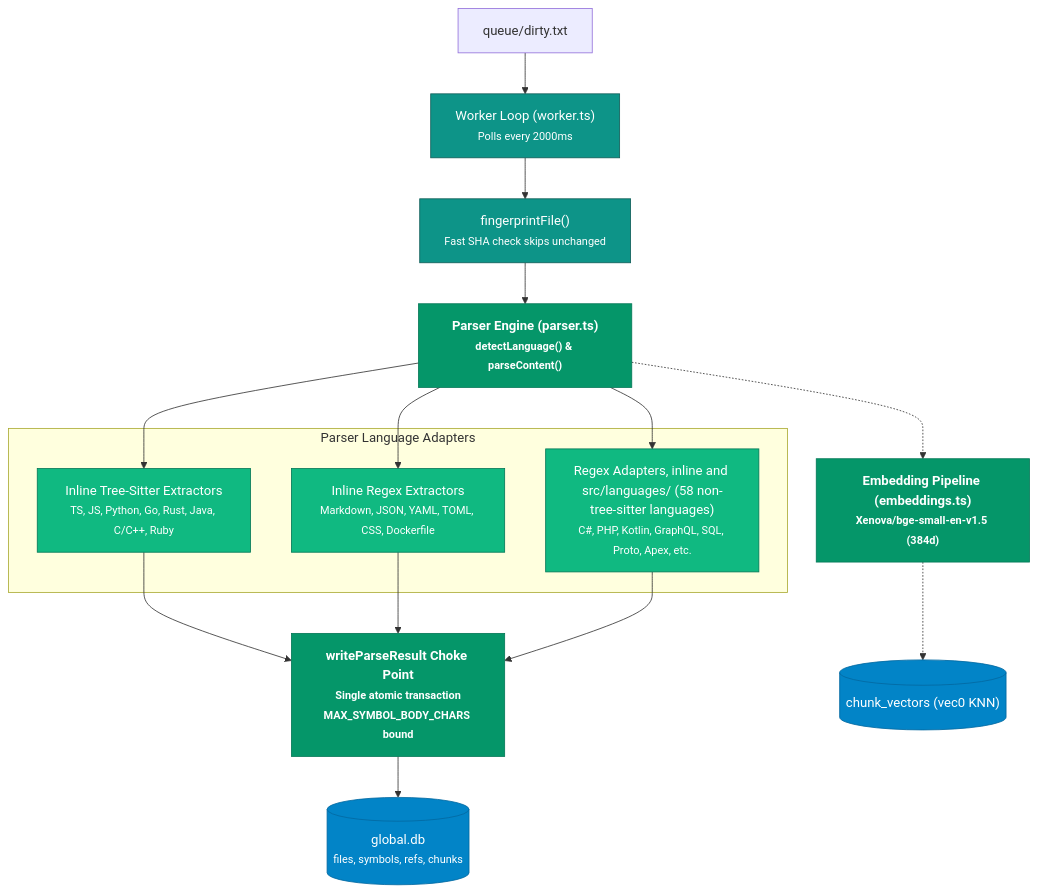
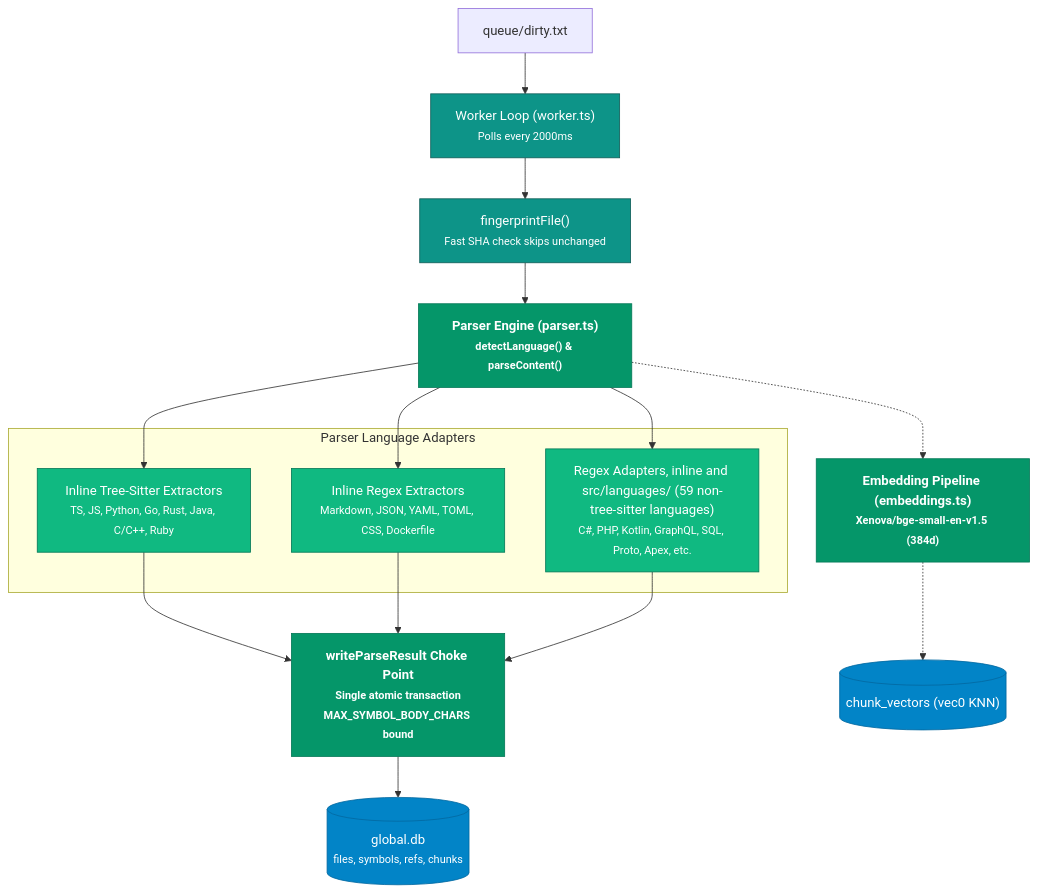
One commit to DFKHelper/token-goat changed the fourth of 7 diagrams in docs/C4_RUNTIME_ARCHITECTURE.md. Above: the diagram before and after it, drawn with Mermaid. The commit also changed 12 other files, not shown here.

````diff
--- a/docs/C4_RUNTIME_ARCHITECTURE.md
+++ b/docs/C4_RUNTIME_ARCHITECTURE.md
@@ -180,30 +180,30 @@
 ```mermaid
 flowchart TB
     classDef parser fill:#059669,stroke:#047857,color:#ffffff,font-weight:bold;
     classDef worker fill:#0D9488,stroke:#115E59,color:#ffffff;
     classDef adapter fill:#10B981,stroke:#047857,color:#ffffff;
     classDef db fill:#0284C7,stroke:#0369A1,color:#ffffff;
 
     DirtyQueue["queue/dirty.txt"] --> WorkerLoop["Worker Loop (worker.ts)<br/><small>Polls every 2000ms</small>"]:::worker
     WorkerLoop --> Fingerprint["fingerprintFile()<br/><small>Fast SHA check skips unchanged</small>"]:::worker
     Fingerprint --> Parser["Parser Engine (parser.ts)<br/><small>detectLanguage() & parseContent()</small>"]:::parser
 
     subgraph ParserAdapters ["Parser Language Adapters"]
         TreeSitter["Inline Tree-Sitter Extractors<br/><small>TS, JS, Python, Go, Rust, Java, C/C++, Ruby</small>"]:::adapter
         RegexInline["Inline Regex Extractors<br/><small>Markdown, JSON, YAML, TOML, CSS, Dockerfile</small>"]:::adapter
-        LangAdapters["Regex Adapters, inline and src/languages/ (58 non-tree-sitter languages)<br/><small>C#, PHP, Kotlin, GraphQL, SQL, Proto, Apex, etc.</small>"]:::adapter
+        LangAdapters["Regex Adapters, inline and src/languages/ (59 non-tree-sitter languages)<br/><small>C#, PHP, Kotlin, GraphQL, SQL, Proto, Apex, etc.</small>"]:::adapter
     end
 
     Parser --> TreeSitter
     Parser --> RegexInline
     Parser --> LangAdapters
 
     TreeSitter --> ChokePoint["writeParseResult Choke Point<br/><small>Single atomic transaction<br/>MAX_SYMBOL_BODY_CHARS bound</small>"]:::parser
     RegexInline --> ChokePoint
     LangAdapters --> ChokePoint
 
     ChokePoint --> GlobalDB[("global.db<br/><small>files, symbols, refs, chunks</small>")]:::db
     
     Parser -.-> Embedder["Embedding Pipeline (embeddings.ts)<br/><small>Xenova/bge-small-en-v1.5 (384d)</small>"]:::parser
     Embedder -.-> VecDB[("chunk_vectors (vec0 KNN)")]:::db
 ```
````
